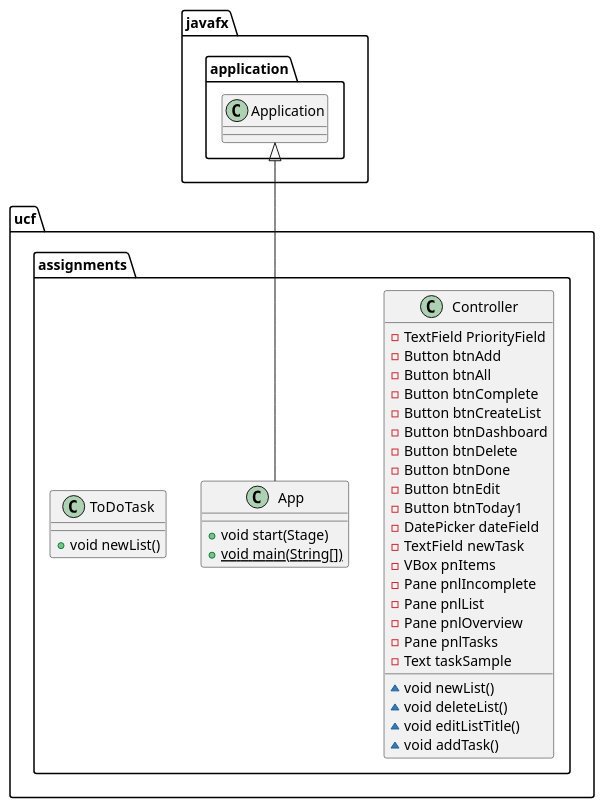
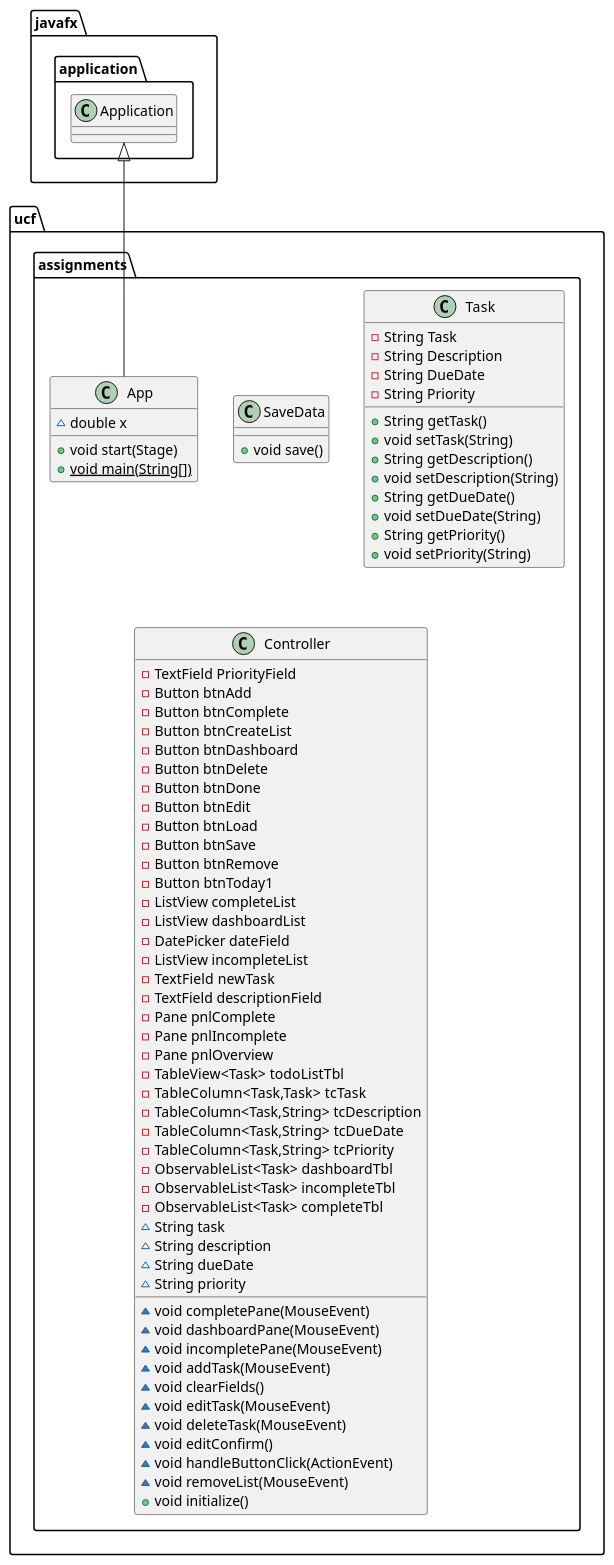
Before and after one commit to kisida-michael/kisida-cop3330-assignment4part2: the diagram in Test.puml, drawn with PlantUML. The commit also changed 11 other files, not shown here.

```diff
--- a/Test.puml
+++ b/Test.puml
@@ -1,36 +1,73 @@
 @startuml
+class ucf.assignments.SaveData {
++ void save()
+}
+class ucf.assignments.Task {
+- String Task
+- String Description
+- String DueDate
+- String Priority
++ String getTask()
++ void setTask(String)
++ String getDescription()
++ void setDescription(String)
++ String getDueDate()
++ void setDueDate(String)
++ String getPriority()
++ void setPriority(String)
+}
+class ucf.assignments.App {
+~ double x
++ void start(Stage)
++ {static} void main(String[])
+}
 class ucf.assignments.Controller {
 - TextField PriorityField
 - Button btnAdd
-- Button btnAll
 - Button btnComplete
 - Button btnCreateList
 - Button btnDashboard
 - Button btnDelete
 - Button btnDone
 - Button btnEdit
+- Button btnLoad
+- Button btnSave
+- Button btnRemove
 - Button btnToday1
+- ListView completeList
+- ListView dashboardList
 - DatePicker dateField
+- ListView incompleteList
 - TextField newTask
-- VBox pnItems
+- TextField descriptionField
+- Pane pnlComplete
 - Pane pnlIncomplete
-- Pane pnlList
 - Pane pnlOverview
-- Pane pnlTasks
-- Text taskSample
-~ void newList()
-~ void deleteList()
-~ void editListTitle()
-~ void addTask()
-}
-class ucf.assignments.App {
-+ void start(Stage)
-+ {static} void main(String[])
-}
-class ucf.assignments.ToDoTask {
-+ void newList()
+- TableView<Task> todoListTbl
+- TableColumn<Task,Task> tcTask
+- TableColumn<Task,String> tcDescription
+- TableColumn<Task,String> tcDueDate
+- TableColumn<Task,String> tcPriority
+- ObservableList<Task> dashboardTbl
+- ObservableList<Task> incompleteTbl
+- ObservableList<Task> completeTbl
+~ String task
+~ String description
+~ String dueDate
+~ String priority
+~ void completePane(MouseEvent)
+~ void dashboardPane(MouseEvent)
+~ void incompletePane(MouseEvent)
+~ void addTask(MouseEvent)
+~ void clearFields()
+~ void editTask(MouseEvent)
+~ void deleteTask(MouseEvent)
+~ void editConfirm()
+~ void handleButtonClick(ActionEvent)
+~ void removeList(MouseEvent)
++ void initialize()
 }
 
 
 javafx.application.Application <|-- ucf.assignments.App
 @enduml
```
